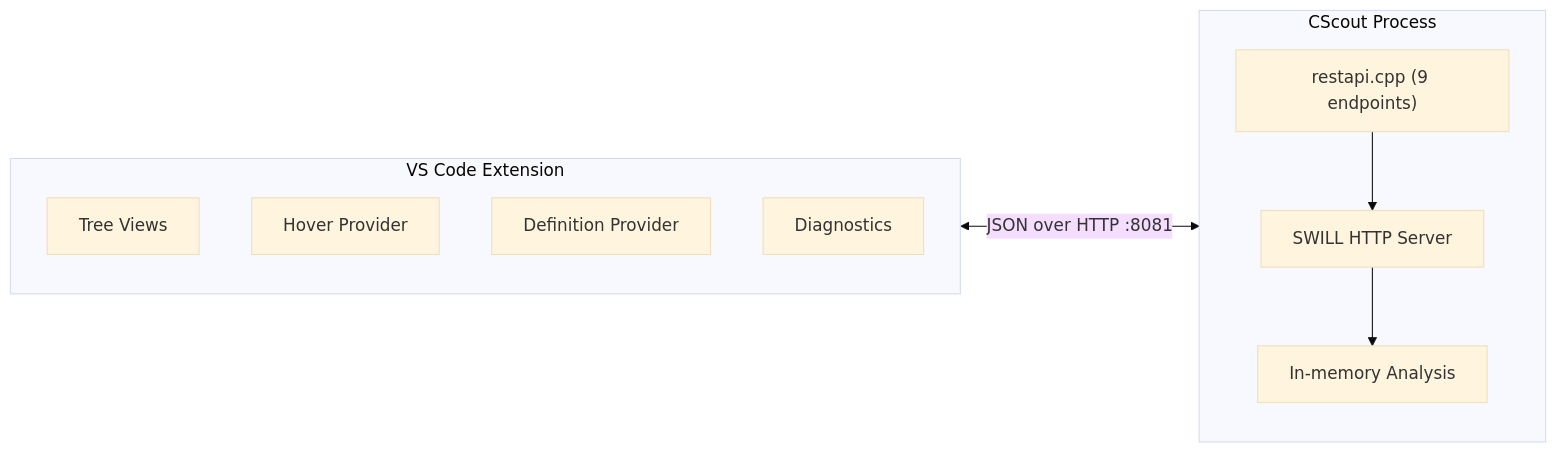
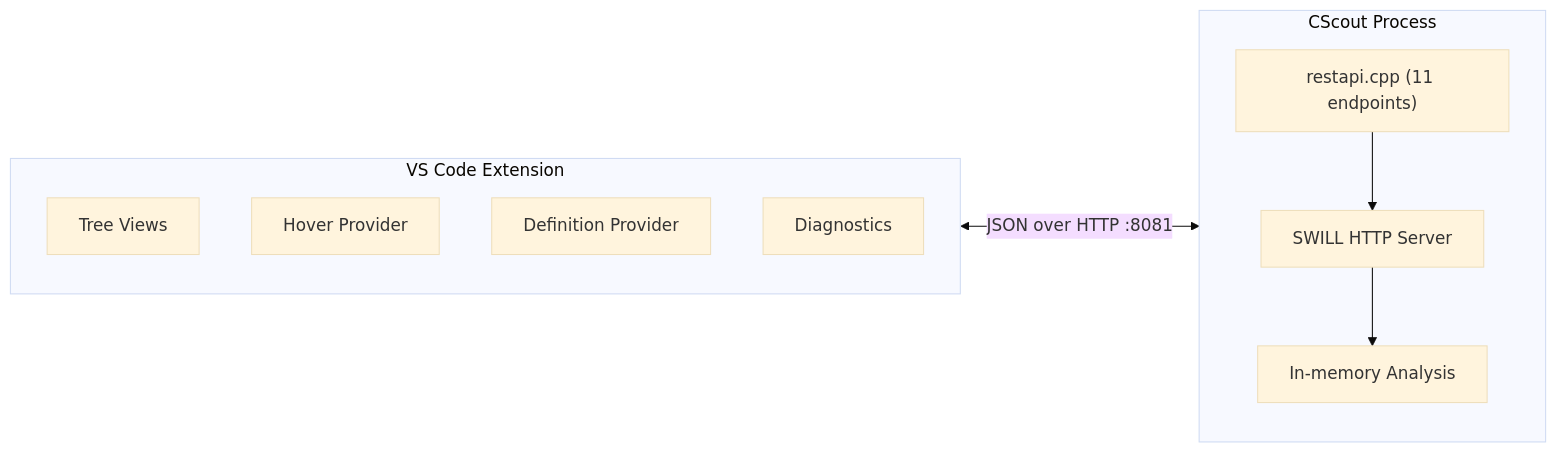
One commit to sanki92/vscode-cscout changed the diagram in README.md. Above: the diagram before and after it, drawn with Mermaid (base theme). The commit also changed other lines of this file, not shown here.

Commit message:
docs: update README with screenshots and current API surface

````diff
--- a/README.md
+++ b/README.md
@@ -13,20 +42,20 @@
 ```mermaid
 flowchart LR
     subgraph ext[VS Code Extension]
         direction TB
         trees[Tree Views]
         hover[Hover Provider]
         defn[Definition Provider]
         diag[Diagnostics]
     end
 
     subgraph cscout[CScout Process]
         direction TB
-        api["restapi.cpp (9 endpoints)"]
+        api["restapi.cpp (11 endpoints)"]
         swill[SWILL HTTP Server]
         mem[In-memory Analysis]
         api --> swill --> mem
     end
 
     ext <-->|"JSON over HTTP :8081"| cscout
 ```
````
